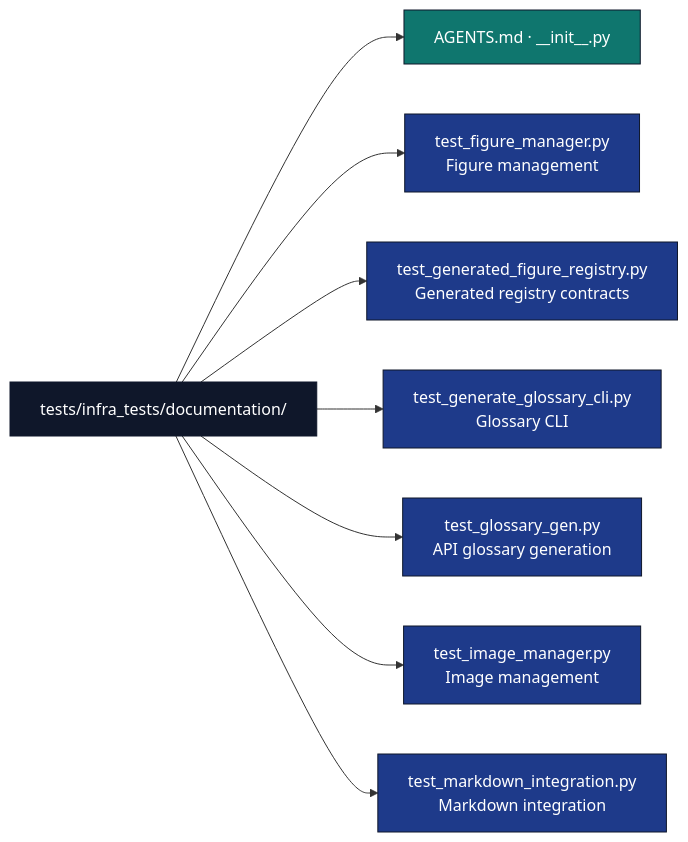
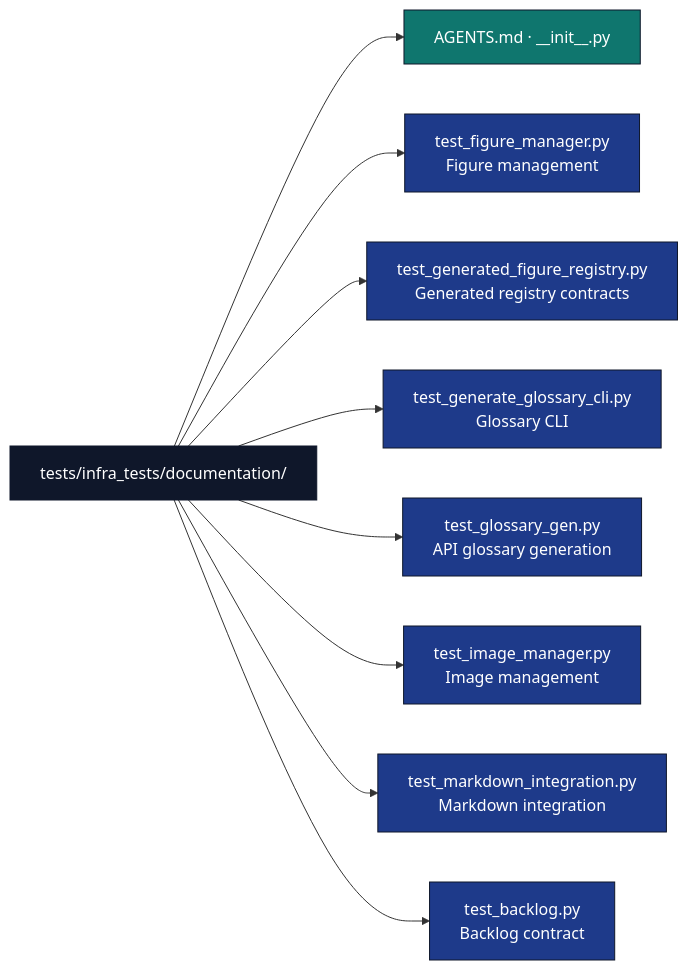
Before and after one commit to docxology/template: the diagram in tests/infra_tests/documentation/AGENTS.md, drawn with Mermaid. The commit also changed 264 other files, not shown here.

````diff
--- a/tests/infra_tests/documentation/AGENTS.md
+++ b/tests/infra_tests/documentation/AGENTS.md
@@ -9,18 +9,19 @@
 ```mermaid
 flowchart LR
     T[tests/infra_tests/documentation/]
     T --> META[AGENTS.md · __init__.py]
     T --> FIG[test_figure_manager.py<br/>Figure management]
     T --> GFIG[test_generated_figure_registry.py<br/>Generated registry contracts]
     T --> GCLI[test_generate_glossary_cli.py<br/>Glossary CLI]
     T --> GGEN[test_glossary_gen.py<br/>API glossary generation]
     T --> IMG[test_image_manager.py<br/>Image management]
     T --> MD[test_markdown_integration.py<br/>Markdown integration]
+    T --> BL[test_backlog.py<br/>Backlog contract]
 
     classDef d fill:#0f172a,stroke:#0f172a,color:#fff
     classDef test fill:#1e3a8a,stroke:#0f172a,color:#fff
     classDef doc fill:#0f766e,stroke:#0f172a,color:#fff
     class T d
-    class FIG,GFIG,GCLI,GGEN,IMG,MD test
+    class FIG,GFIG,GCLI,GGEN,IMG,MD,BL test
     class META doc
 ```
````
